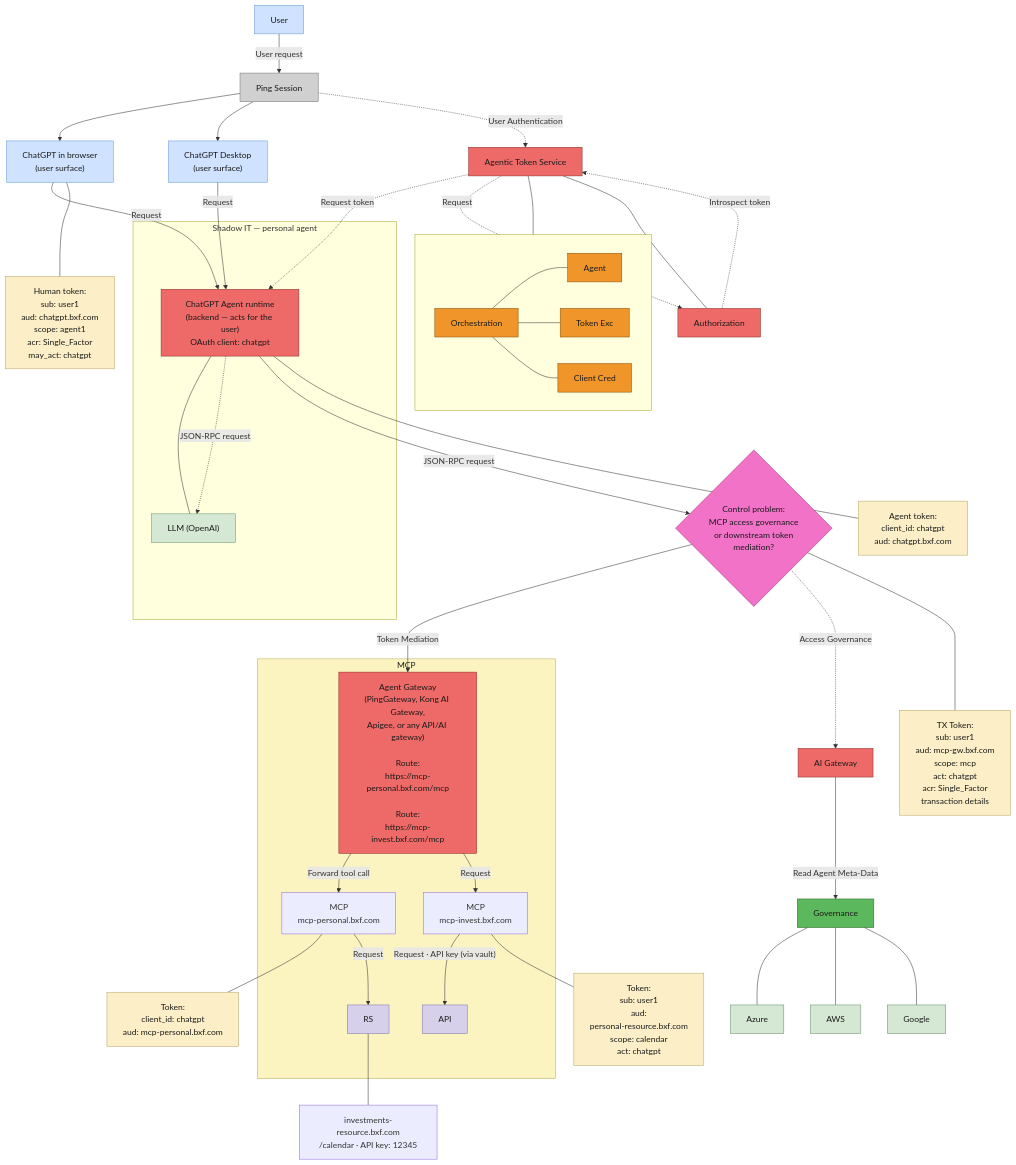
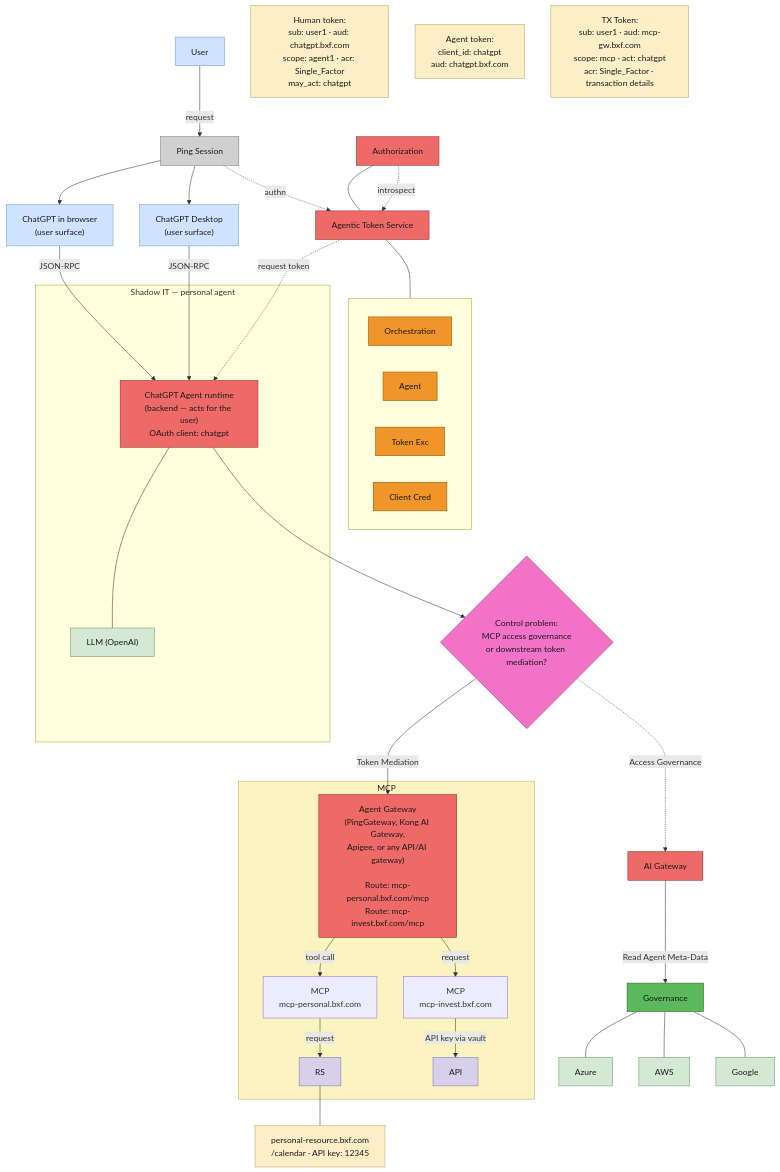
The diagram in docs/diagrams/personal-agent-chatgpt.mmd (curtismu7/AI-DEMO2), drawn with Mermaid before and after one commit. The commit also changed 1 other file, not shown here.

Commit message:
docs(diagrams): tighten personal-agent layouts, fix note positions and edge overlaps

```diff
--- a/docs/diagrams/personal-agent-chatgpt.mmd
+++ b/docs/diagrams/personal-agent-chatgpt.mmd
@@ -1,104 +1,91 @@
 %% Personal agent version of "V2 Agent - GW/Authorize" (Lucid page)
-%% ChatGPT is the personal agent — Desktop app and browser ChatGPT
-%% Colors sampled from the V2 Agent - GW_Authorize.png
+%% ChatGPT is the personal agent — browser + Desktop surfaces, one agent runtime
 flowchart TB
+    USER["User"]
+    PINGSESS["Ping Session"]
+    CHATB["ChatGPT in browser<br/>(user surface)"]
+    GPTD["ChatGPT Desktop<br/>(user surface)"]
+
+    subgraph SHADOW["Shadow IT — personal agent"]
+        AGENT1["ChatGPT Agent runtime<br/>(backend — acts for the user)<br/>OAuth client: chatgpt"]
+        LLM["LLM (OpenAI)"]
+    end
+
     ATS["Agentic Token Service"]
     subgraph ATSSUB[" "]
         direction LR
         ORCH["Orchestration"]
         AGT["Agent"]
         TXE["Token Exc"]
         CCRED["Client Cred"]
     end
     AUTHZ["Authorization"]
 
-    USER["User"]
-    PINGSESS["Ping Session"]
-    CHATB["ChatGPT in browser<br/>(user surface)"]
-    GPTD["ChatGPT Desktop<br/>(user surface)"]
+    HTOK["Human token:<br/>sub: user1 · aud: chatgpt.bxf.com<br/>scope: agent1 · acr: Single_Factor<br/>may_act: chatgpt"]
+    AGTOK["Agent token:<br/>client_id: chatgpt<br/>aud: chatgpt.bxf.com"]
+    TXTOK["TX Token:<br/>sub: user1 · aud: mcp-gw.bxf.com<br/>scope: mcp · act: chatgpt<br/>acr: Single_Factor · transaction details"]
 
-    HTOK["Human token:<br/>sub: user1<br/>aud: chatgpt.bxf.com<br/>scope: agent1<br/>acr: Single_Factor<br/>may_act: chatgpt"]
-    AGTOK["Agent token:<br/>client_id: chatgpt<br/>aud: chatgpt.bxf.com"]
-    TXTOK["TX Token:<br/>sub: user1<br/>aud: mcp-gw.bxf.com<br/>scope: mcp<br/>act: chatgpt<br/>acr: Single_Factor<br/>transaction details"]
-
-    subgraph SHADOW["Shadow IT — personal agent"]
-        AGENT1["ChatGPT Agent runtime<br/>(backend — acts for the user)<br/>OAuth client: chatgpt"]
-        LLM["LLM (OpenAI)"]
-    end
-
-    DEC{"Control problem:<br/>MCP access governance<br/>or downstream token<br/>mediation?"}
+    DEC{"Control problem:<br/>MCP access governance<br/>or downstream token mediation?"}
 
     subgraph MCPBOX["MCP"]
-        GW["Agent Gateway<br/>(PingGateway, Kong AI Gateway,<br/>Apigee, or any API/AI gateway)<br/><br/>Route:<br/>https://mcp-personal.bxf.com/mcp<br/><br/>Route:<br/>https://mcp-invest.bxf.com/mcp"]
+        GW["Agent Gateway<br/>(PingGateway, Kong AI Gateway,<br/>Apigee, or any API/AI gateway)<br/><br/>Route: mcp-personal.bxf.com/mcp<br/>Route: mcp-invest.bxf.com/mcp"]
         MCPOLB["MCP<br/>mcp-personal.bxf.com"]
         MCPINV["MCP<br/>mcp-invest.bxf.com"]
         RS["RS"]
         API["API"]
     end
-    MOLTOK["Token:<br/>sub: user1<br/>aud:<br/>personal-resource.bxf.com<br/>scope: calendar<br/>act: chatgpt"]
-    MTOK["Token:<br/>client_id: chatgpt<br/>aud: mcp-personal.bxf.com"]
-    INVTOK["investments-resource.bxf.com<br/>/calendar · API key: 12345"]
+    INVTOK["personal-resource.bxf.com<br/>/calendar · API key: 12345"]
 
     AIGW["AI Gateway"]
     GOV["Governance"]
     AZURE["Azure"]
     AWS["AWS"]
     GOOGLE["Google"]
 
-    USER -->|"User request"| PINGSESS
+    USER -->|request| PINGSESS
     PINGSESS --> CHATB
     PINGSESS --> GPTD
-    PINGSESS -.->|"User Authentication"| ATS
-    ATS --- ORCH
-    ORCH --- AGT
-    ORCH --- TXE
-    ORCH --- CCRED
+    CHATB -->|JSON-RPC| AGENT1
+    GPTD -->|JSON-RPC| AGENT1
+    AGENT1 --- LLM
+    PINGSESS -.->|authn| ATS
+    ATS --- ATSSUB
     AUTHZ --- ATS
-    AUTHZ -.->|"Introspect token"| ATS
-    CHATB -->|"Request"| AGENT1
-    GPTD -->|"Request"| AGENT1
-    ATS -.->|"Request token"| AGENT1
-    ATS -.->|"Request"| AUTHZ
-    CHATB --- HTOK
-    AGENT1 --- LLM
-    AGENT1 -.->|"JSON-RPC request"| LLM
-    AGENT1 -->|"JSON-RPC request"| DEC
-    AGENT1 --- AGTOK
-    DEC -->|"Token Mediation"| GW
-    DEC -.->|"Access Governance"| AIGW
-    GW -->|"Forward tool call"| MCPOLB
-    GW -->|"Request"| MCPINV
-    MCPOLB --- MTOK
-    MCPOLB -->|"Request"| RS
+    AUTHZ -.->|introspect| ATS
+    ATS -.->|request token| AGENT1
+    AGENT1 --> DEC
+    DEC -->|Token Mediation| GW
+    DEC -.->|Access Governance| AIGW
+    GW -->|tool call| MCPOLB
+    GW -->|request| MCPINV
+    MCPOLB -->|request| RS
+    MCPINV -->|API key via vault| API
     RS --- INVTOK
-    MCPINV -->|"Request · API key (via vault)"| API
-    MCPINV --- MOLTOK
-    DEC --- TXTOK
-    AIGW -->|"Read Agent Meta-Data"| GOV
+    AIGW -->|Read Agent Meta-Data| GOV
     GOV --- AZURE
     GOV --- AWS
     GOV --- GOOGLE
 
     classDef red fill:#ee6a68,stroke:#8a2f2a,color:#1a1a1a
     classDef orange fill:#f0952a,stroke:#8a5410,color:#1a1a1a
     classDef cream fill:#fcefc7,stroke:#b8a66a,color:#1a1a1a
     classDef pink fill:#f272c8,stroke:#a12a76,color:#1a1a1a
     classDef yellow fill:#fbf3c0,stroke:#b8ac60,color:#1a1a1a
     classDef blue fill:#cfe2ff,stroke:#6b9bd2,color:#1a1a1a
     classDef green fill:#d5e8d4,stroke:#6a936a,color:#1a1a1a
     classDef dgreen fill:#5cb85c,stroke:#2d6a2d,color:#1a1a1a
     classDef purple fill:#d6d0ea,stroke:#8077ad,color:#1a1a1a
     classDef grey fill:#d0d0d0,stroke:#777777,color:#1a1a1a
 
     class ATS,AUTHZ,GW,AIGW red
     class ORCH,AGT,TXE,CCRED orange
-    class HTOK,AGTOK,TXTOK,MOLTOK,MTOK cream
+    class HTOK,AGTOK,TXTOK,INVTOK cream
     class DEC pink
     class MCPBOX yellow
     class USER,CHATB,GPTD blue
     class AZURE,AWS,GOOGLE green
     class GOV dgreen
     class RS,API purple
     class AGENT1 red
     class LLM green
     class PINGSESS grey
```
